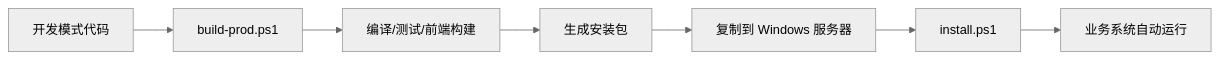
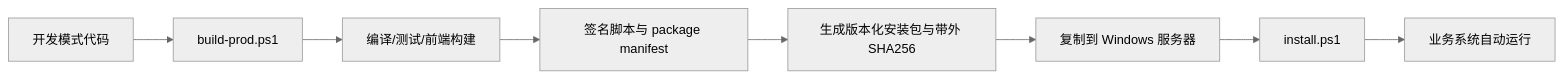
The third of 3 diagrams in docs/vibe-boot-architecture.md (mlm883585/vibe-boot), drawn with Mermaid (neutral theme) before and after one commit. The commit also changed other lines of this file and 52 other files, not shown here.

Commit message:
docs: finalize implementation-ready architecture baseline

````diff
--- a/docs/vibe-boot-architecture.md
+++ b/docs/vibe-boot-architecture.md
@@ -334,9 +334,10 @@
 ```mermaid
 flowchart LR
     Dev["开发模式代码"] --> Build["build-prod.ps1"]
     Build --> Test["编译/测试/前端构建"]
-    Test --> Package["生成安装包"]
+    Test --> Sign["签名脚本与 package manifest"]
+    Sign --> Package["生成版本化安装包与带外 SHA256"]
     Package --> Server["复制到 Windows 服务器"]
     Server --> Install["install.ps1"]
     Install --> Run["业务系统自动运行"]
 ```
````
